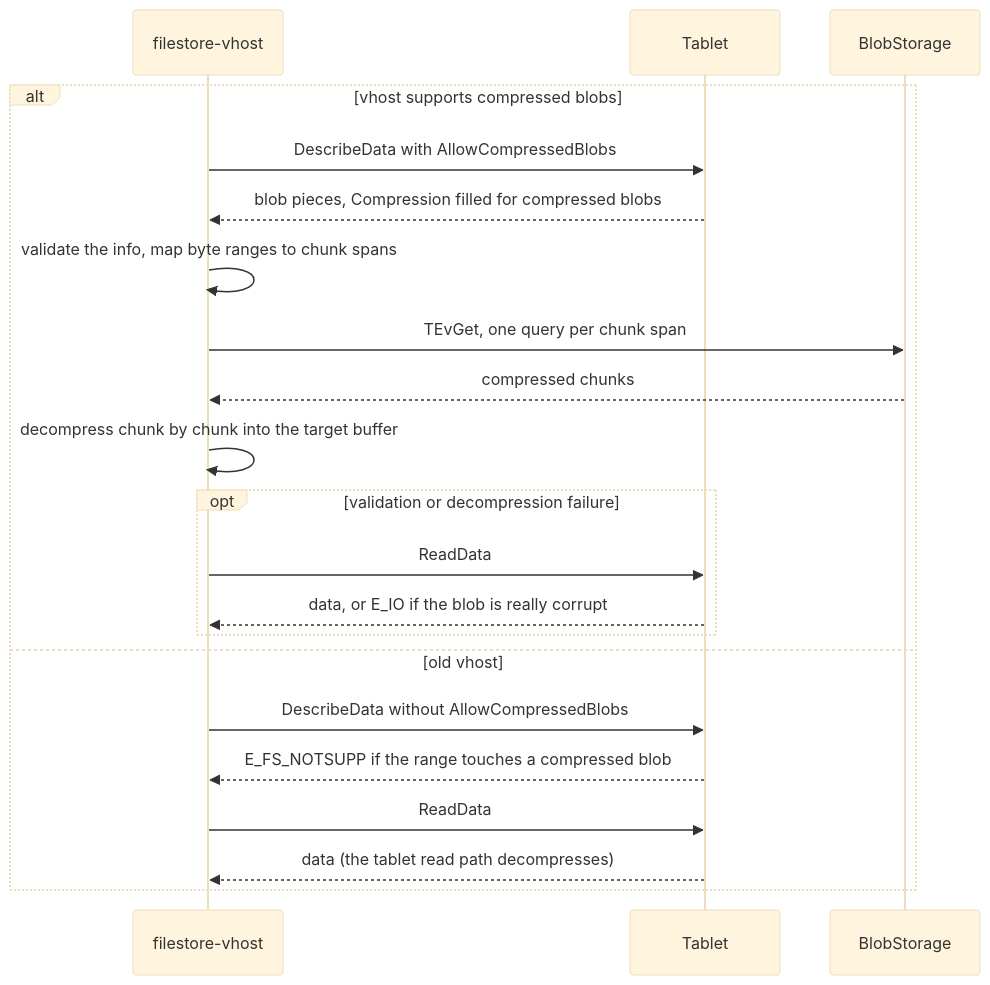
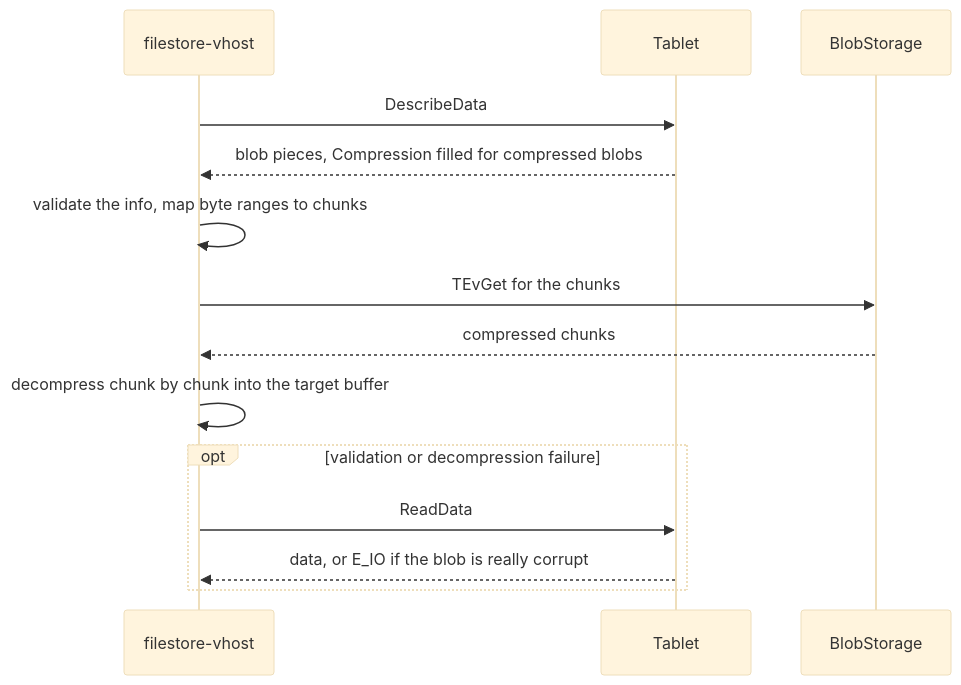
Before and after one commit to ydb-platform/nbs: the third of 3 diagrams in doc/filestore/design/storage/tablet/blob_compression.md, drawn with Mermaid (base theme). The commit also changed other lines of this file, not shown here.

````diff
--- a/doc/filestore/design/storage/tablet/blob_compression.md
+++ b/doc/filestore/design/storage/tablet/blob_compression.md
@@ -206,24 +190,17 @@
 ```mermaid
 sequenceDiagram
     participant V as filestore-vhost
     participant T as Tablet
     participant BS as BlobStorage
 
-    alt vhost supports compressed blobs
-        V->>T: DescribeData with AllowCompressedBlobs
-        T-->>V: blob pieces, Compression filled for compressed blobs
-        V->>V: validate the info, map byte ranges to chunk spans
-        V->>BS: TEvGet, one query per chunk span
-        BS-->>V: compressed chunks
-        V->>V: decompress chunk by chunk into the target buffer
-        opt validation or decompression failure
-            V->>T: ReadData
-            T-->>V: data, or E_IO if the blob is really corrupt
-        end
-    else old vhost
-        V->>T: DescribeData without AllowCompressedBlobs
-        T-->>V: E_FS_NOTSUPP if the range touches a compressed blob
+    V->>T: DescribeData
+    T-->>V: blob pieces, Compression filled for compressed blobs
+    V->>V: validate the info, map byte ranges to chunks
+    V->>BS: TEvGet for the chunks
+    BS-->>V: compressed chunks
+    V->>V: decompress chunk by chunk into the target buffer
+    opt validation or decompression failure
         V->>T: ReadData
-        T-->>V: data (the tablet read path decompresses)
+        T-->>V: data, or E_IO if the blob is really corrupt
     end
 ```
````
